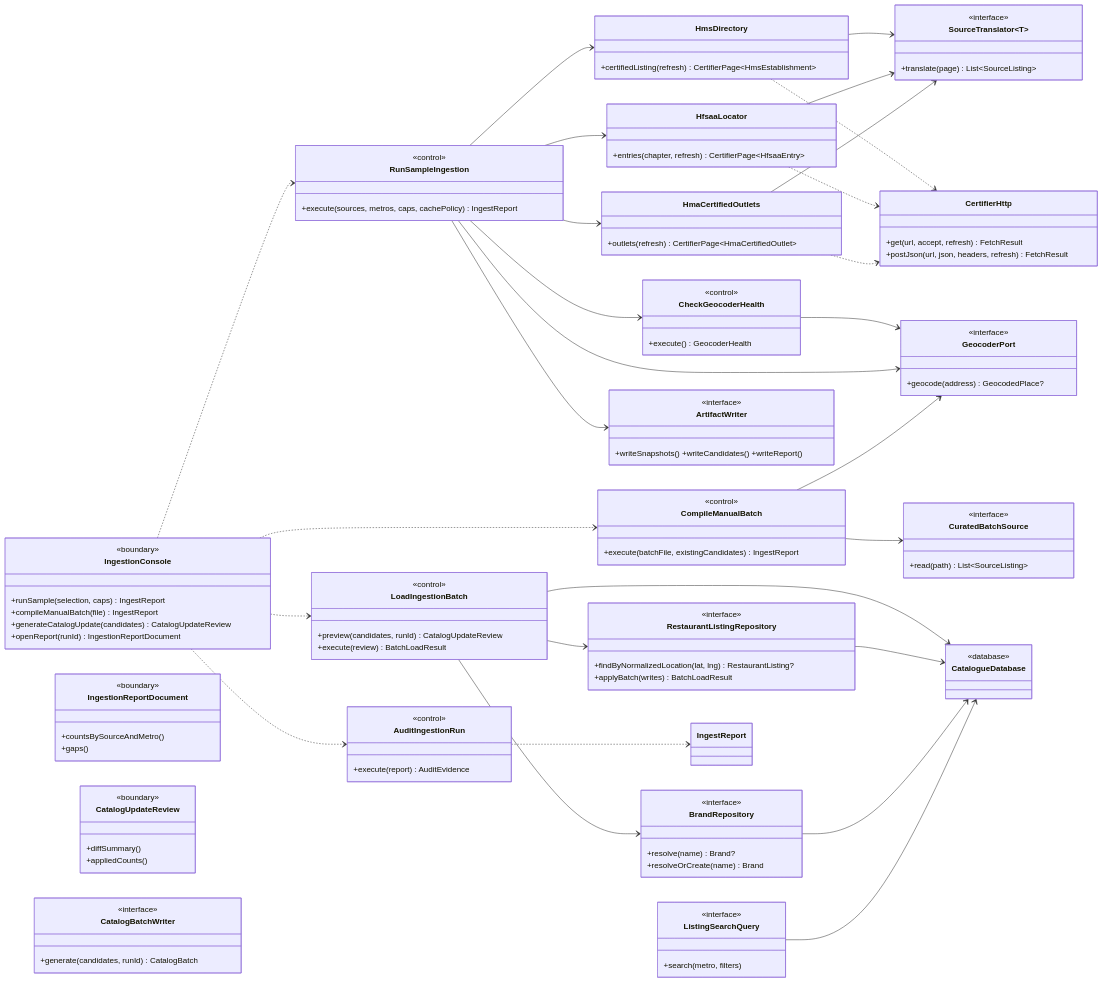
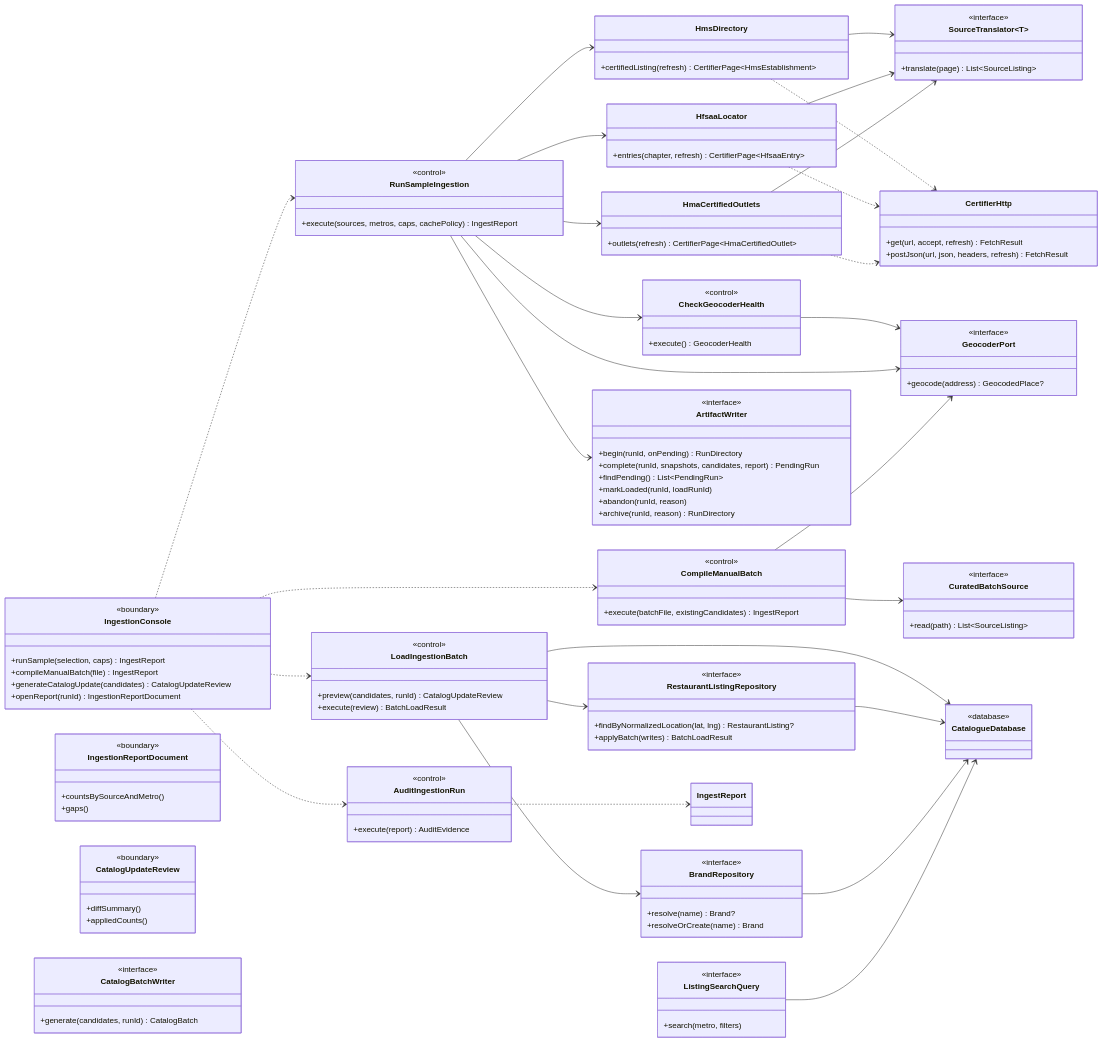
The third of 3 diagrams in docs/features/SC-211/05-class-diagram-system.md (Losers-Lab/tahirs-list), drawn with Mermaid before and after one commit. The commit also changed other lines of this file and 8 other files, not shown here.

```diff
--- a/docs/features/SC-211/05-class-diagram-system.md
+++ b/docs/features/SC-211/05-class-diagram-system.md
@@ -141,7 +141,12 @@
   }
   class ArtifactWriter {
     <<interface>>
-    +writeSnapshots() +writeCandidates() +writeReport()
+    +begin(runId, onPending) RunDirectory
+    +complete(runId, snapshots, candidates, report) PendingRun
+    +findPending() List~PendingRun~
+    +markLoaded(runId, loadRunId)
+    +abandon(runId, reason)
+    +archive(runId, reason) RunDirectory
   }
   class CatalogBatchWriter {
     <<interface>>
```
